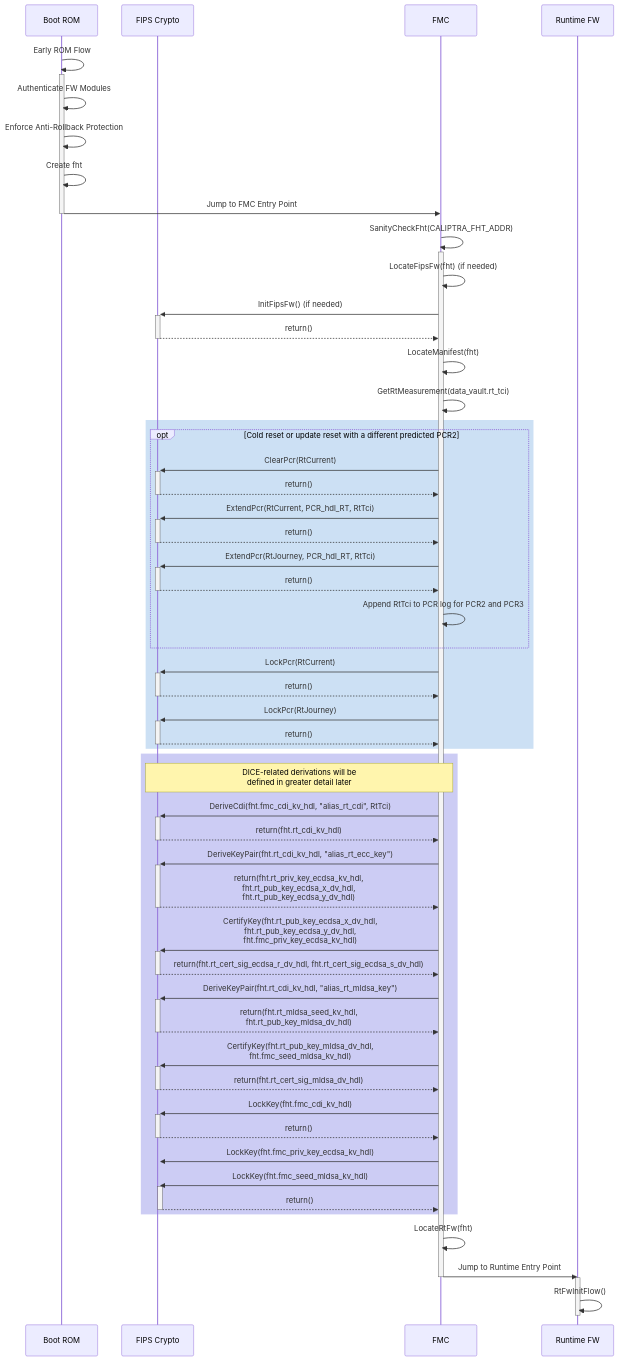
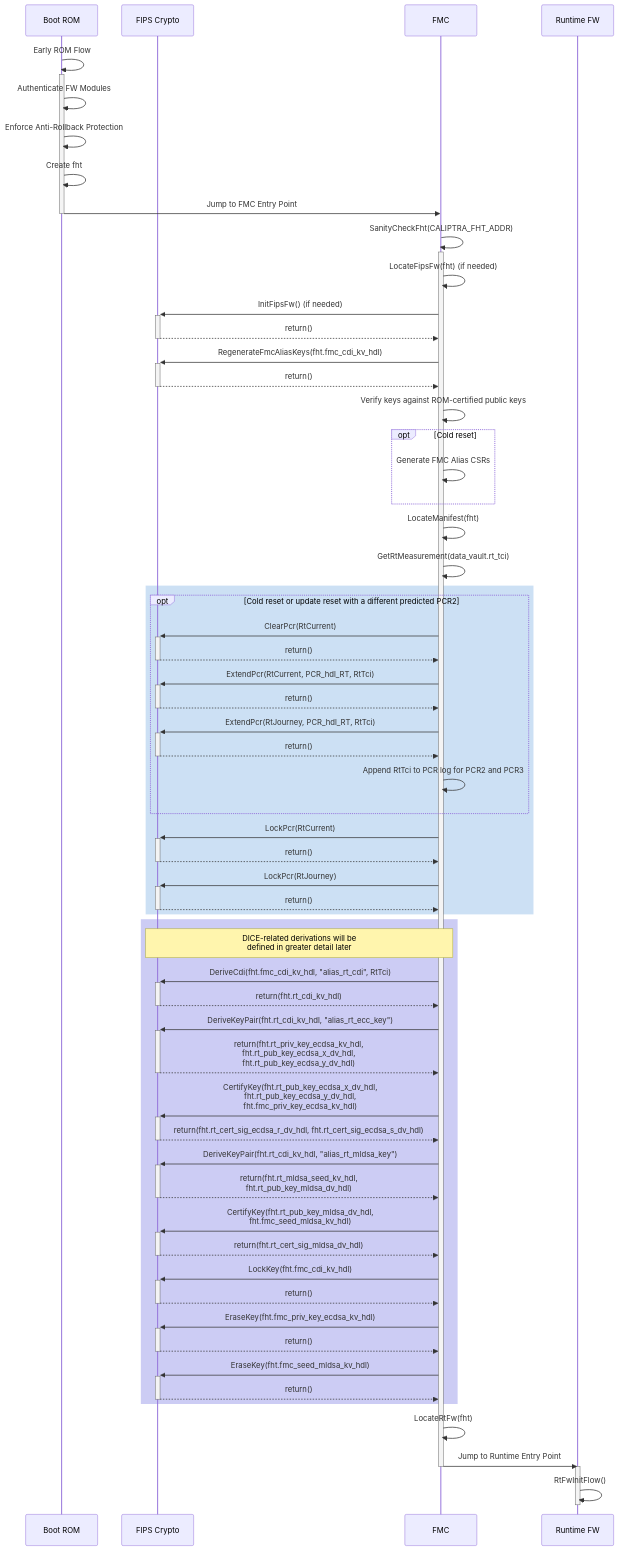
One commit to chipsalliance/caliptra-sw changed the diagram in fmc/README.md. Above: the diagram before and after it, drawn with Mermaid. The commit also changed other lines of this file and 36 other files, not shown here.

First line of the commit message:
Add dedicated PCR quote signing keys and erase FMC Alias keys

````diff
--- a/fmc/README.md
+++ b/fmc/README.md
@@ -409,67 +421,74 @@
 ```mermaid
 sequenceDiagram
     participant ROM as Boot ROM
     participant FIPS as FIPS Crypto
     participant FMC as FMC
     participant RT as Runtime FW
 
     ROM->>+ROM: Early ROM Flow
     ROM->>ROM: Authenticate FW Modules
     ROM->>ROM: Enforce Anti-Rollback Protection
     ROM->>ROM: Create fht
     ROM->>-FMC: Jump to FMC Entry Point
 
     FMC->>+FMC: SanityCheckFht(CALIPTRA_FHT_ADDR)
     FMC->>FMC: LocateFipsFw(fht) (if needed)
     FMC->>+FIPS: InitFipsFw() (if needed)
     FIPS-->>-FMC: return()
+    FMC->>+FIPS: RegenerateFmcAliasKeys(fht.fmc_cdi_kv_hdl)
+    FIPS-->>-FMC: return()
+    FMC->>FMC: Verify keys against ROM-certified public keys
+    opt Cold reset
+    FMC->>FMC: Generate FMC Alias CSRs
+    end
     FMC->>FMC: LocateManifest(fht)
     FMC->>FMC: GetRtMeasurement(data_vault.rt_tci)
 
     rect rgba(0, 100, 200, .2)
 
     opt Cold reset or update reset with a different predicted PCR2
     FMC->>+FIPS: ClearPcr(RtCurrent)
     FIPS-->>-FMC: return()
     FMC->>+FIPS: ExtendPcr(RtCurrent, PCR_hdl_RT, RtTci)
     FIPS-->>-FMC: return()
     FMC->>+FIPS: ExtendPcr(RtJourney, PCR_hdl_RT, RtTci)
     FIPS-->>-FMC: return()
     FMC->>FMC: Append RtTci to PCR log for PCR2 and PCR3
     end
 
     FMC->>+FIPS: LockPcr(RtCurrent)
     FIPS-->>-FMC: return()
     FMC->>+FIPS: LockPcr(RtJourney)
     FIPS-->>-FMC: return()
 
     end %% rect
 
     rect rgba(0, 0, 200, .2)
     note over FIPS, FMC: DICE-related derivations will be<br> defined in greater detail later
 
     FMC->>+FIPS: DeriveCdi(fht.fmc_cdi_kv_hdl, "alias_rt_cdi", RtTci)
     FIPS-->>-FMC: return(fht.rt_cdi_kv_hdl)
     FMC->>+FIPS: DeriveKeyPair(fht.rt_cdi_kv_hdl, "alias_rt_ecc_key")
     FIPS-->>-FMC: return(fht.rt_priv_key_ecdsa_kv_hdl,<br> fht.rt_pub_key_ecdsa_x_dv_hdl,<br> fht.rt_pub_key_ecdsa_y_dv_hdl)
     FMC->>+FIPS: CertifyKey(fht.rt_pub_key_ecdsa_x_dv_hdl,<br> fht.rt_pub_key_ecdsa_y_dv_hdl,<br> fht.fmc_priv_key_ecdsa_kv_hdl)
     FIPS-->>-FMC: return(fht.rt_cert_sig_ecdsa_r_dv_hdl, fht.rt_cert_sig_ecdsa_s_dv_hdl)
     FMC->>+FIPS: DeriveKeyPair(fht.rt_cdi_kv_hdl, "alias_rt_mldsa_key")
     FIPS-->>-FMC: return(fht.rt_mldsa_seed_kv_hdl,<br> fht.rt_pub_key_mldsa_dv_hdl)
     FMC->>+FIPS: CertifyKey(fht.rt_pub_key_mldsa_dv_hdl,<br> fht.fmc_seed_mldsa_kv_hdl)
     FIPS-->>-FMC: return(fht.rt_cert_sig_mldsa_dv_hdl)
     FMC->>+FIPS: LockKey(fht.fmc_cdi_kv_hdl)
     FIPS-->>-FMC: return()
-    FMC->>+FIPS: LockKey(fht.fmc_priv_key_ecdsa_kv_hdl)
-    FMC->>+FIPS: LockKey(fht.fmc_seed_mldsa_kv_hdl)
+    FMC->>+FIPS: EraseKey(fht.fmc_priv_key_ecdsa_kv_hdl)
+    FIPS-->>-FMC: return()
+    FMC->>+FIPS: EraseKey(fht.fmc_seed_mldsa_kv_hdl)
     FIPS-->>-FMC: return()
 
     end %% rect
 
     FMC->>FMC: LocateRtFw(fht)
     FMC->>-RT: Jump to Runtime Entry Point
 
     activate RT
     RT->>RT: RtFwInitFlow()
     deactivate RT
 ```
````
